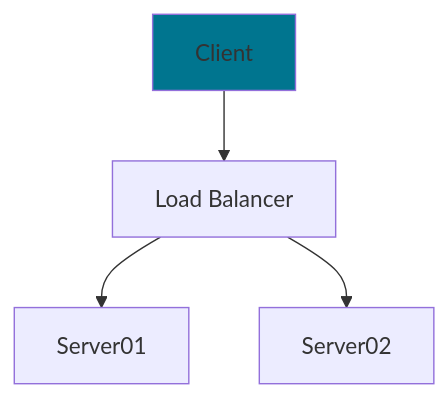
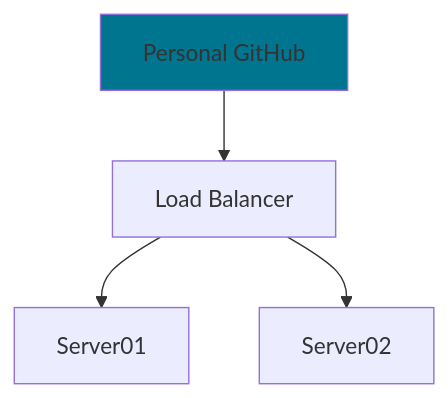
Before and after one commit to vaido-world/.github: the diagram in profile/README.md, drawn with Mermaid.

````diff
--- a/profile/README.md
+++ b/profile/README.md
@@ -20,9 +20,9 @@
 ```mermaid
 graph TD
-  A[Client] --> B[Load Balancer]
+  A[Personal GitHub] --> B[Load Balancer]
   B --> C[Server01]
   B --> D[Server02]
   click A "https://github.com/BoQsc" "This is a link"
   style A fill:#00758f
   linkStyle default color:#0000FF
 ```
````
